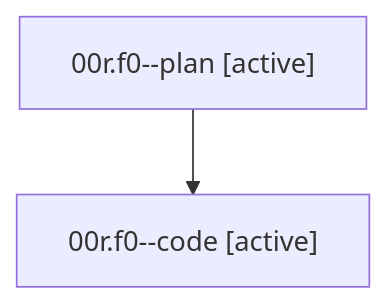
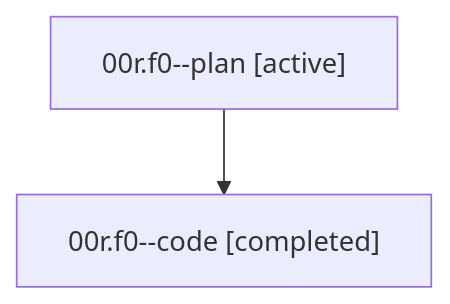
Before and after one commit to bobs-org/bob-cli--agents: the diagram in sessions/bbugyi200.athena.00r.f0.md, drawn with Mermaid. The commit also changed other lines of this file and 18 other files, not shown here.

````diff
--- a/sessions/bbugyi200.athena.00r.f0.md
+++ b/sessions/bbugyi200.athena.00r.f0.md
@@ -9,6 +9,6 @@
 ```mermaid
 flowchart TD
   n0["00r.f0--plan [active]"]
-  n1["00r.f0--code [active]"]
+  n1["00r.f0--code [completed]"]
   n0 --> n1
 ```
````
